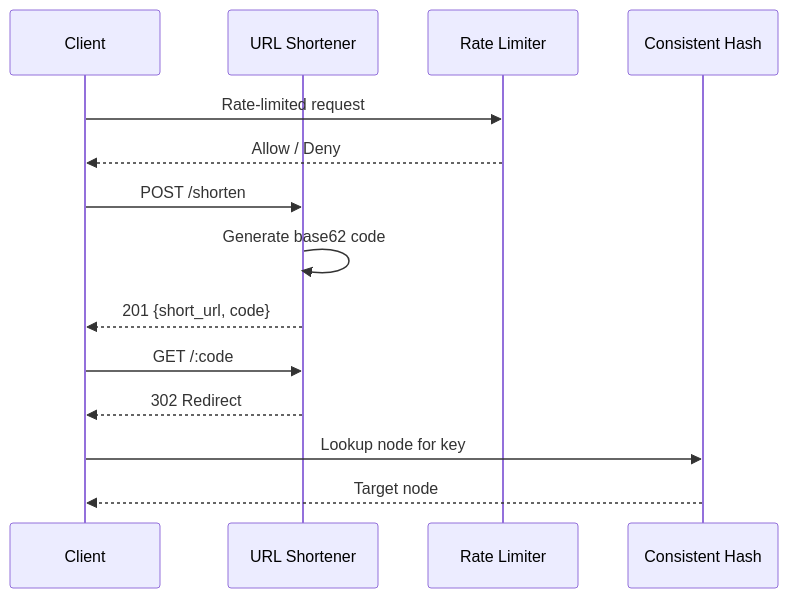
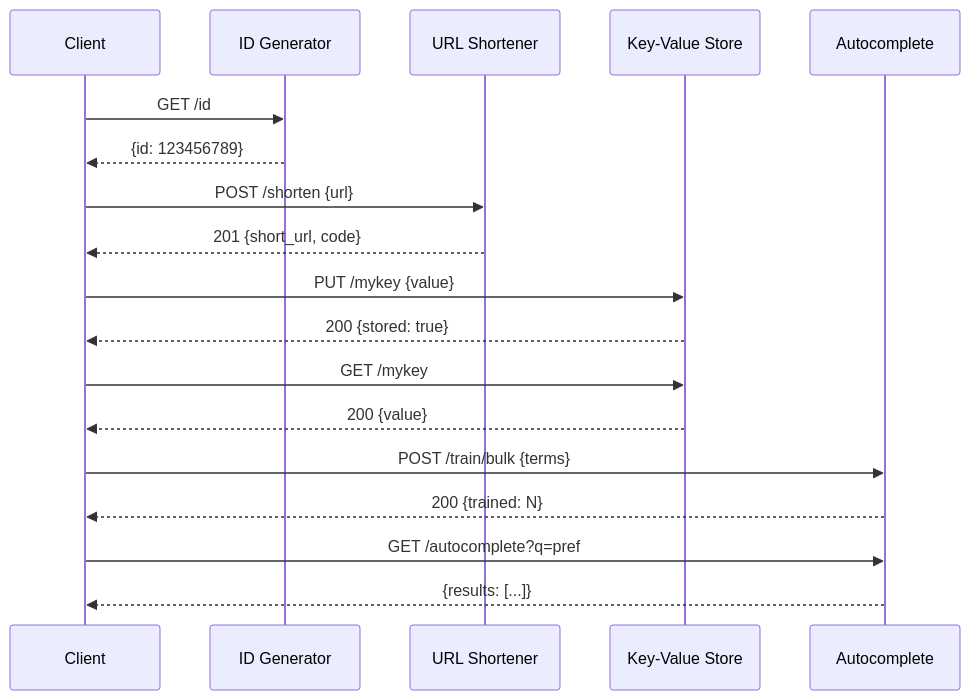
Before and after one commit to faisalaffan/faisalaffan-design-system: the second of 2 diagrams in README.md, drawn with Mermaid. The commit also changed other lines of this file and 1 other file, not shown here.

Commit message:
docs: add Batch 2 services to README with Mermaid diagrams

````diff
--- a/README.md
+++ b/README.md
@@ -48,20 +59,24 @@
 ```mermaid
 sequenceDiagram
     participant C as Client
+    participant ID as ID Generator
     participant US as URL Shortener
-    participant RL as Rate Limiter
-    participant CH as Consistent Hash
+    participant KV as Key-Value Store
+    participant AC as Autocomplete
 
-    C->>RL: Rate-limited request
-    RL-->>C: Allow / Deny
+    C->>ID: GET /id
+    ID-->>C: {id: 123456789}
 
-    C->>US: POST /shorten
-    US->>US: Generate base62 code
+    C->>US: POST /shorten {url}
     US-->>C: 201 {short_url, code}
 
-    C->>US: GET /:code
-    US-->>C: 302 Redirect
+    C->>KV: PUT /mykey {value}
+    KV-->>C: 200 {stored: true}
+    C->>KV: GET /mykey
+    KV-->>C: 200 {value}
 
-    C->>CH: Lookup node for key
-    CH-->>C: Target node
+    C->>AC: POST /train/bulk {terms}
+    AC-->>C: 200 {trained: N}
+    C->>AC: GET /autocomplete?q=pref
+    AC-->>C: {results: [...]}
 ```
````
